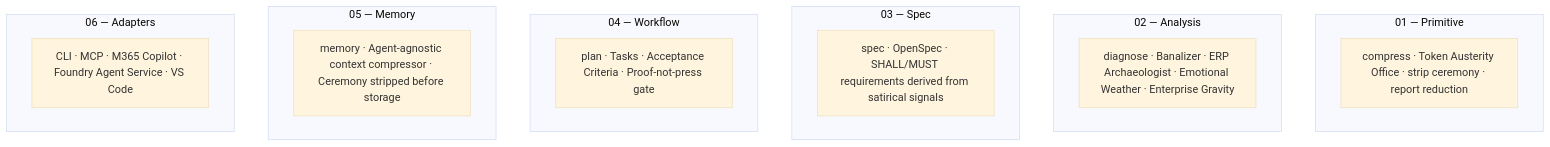
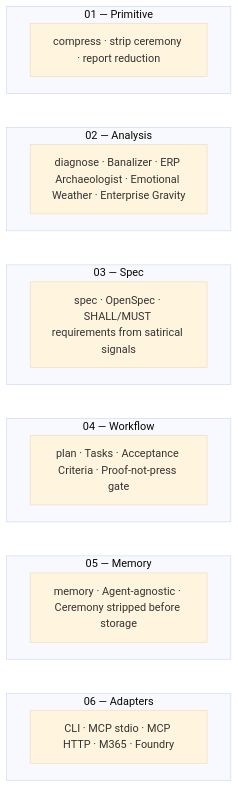
One commit to epical-antti-syvanne/antti-stack changed the second of 2 diagrams in README.md. Above: the diagram before and after it, drawn with Mermaid (base theme). The commit also changed other lines of this file and 1 other file, not shown here.

Commit message:
fix: plan context uses technical anchors not ceremony; readme pipeline language removed

````diff
--- a/README.md
+++ b/README.md
@@ -354,21 +370,23 @@
 ```mermaid
-graph TD
-    subgraph "01 — Primitive"
-        A[compress · Token Austerity Office · strip ceremony · report reduction]
+graph TB
+    subgraph s1["01 — Primitive"]
+        A[compress · strip ceremony · report reduction]
     end
-    subgraph "02 — Analysis"
+    subgraph s2["02 — Analysis"]
         B[diagnose · Banalizer · ERP Archaeologist · Emotional Weather · Enterprise Gravity]
     end
-    subgraph "03 — Spec"
-        C[spec · OpenSpec · SHALL/MUST requirements derived from satirical signals]
+    subgraph s3["03 — Spec"]
+        C[spec · OpenSpec · SHALL/MUST requirements from satirical signals]
     end
-    subgraph "04 — Workflow"
+    subgraph s4["04 — Workflow"]
         D[plan · Tasks · Acceptance Criteria · Proof-not-press gate]
     end
-    subgraph "05 — Memory"
-        E[memory · Agent-agnostic context compressor · Ceremony stripped before storage]
+    subgraph s5["05 — Memory"]
+        E[memory · Agent-agnostic · Ceremony stripped before storage]
     end
-    subgraph "06 — Adapters"
-        F[CLI · MCP · M365 Copilot · Foundry Agent Service · VS Code]
+    subgraph s6["06 — Adapters"]
+        F[CLI · MCP stdio · MCP HTTP · M365 · Foundry]
     end
+
+    A ~~~ B ~~~ C ~~~ D ~~~ E ~~~ F
 ```
````
